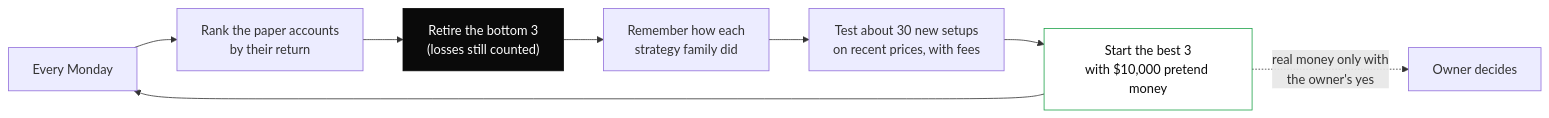
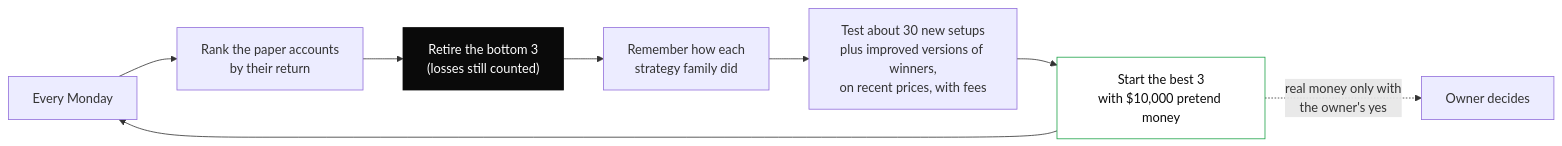
The third of 3 diagrams in README.md (F0rger123/ultimate-claude-code-trading-skills), drawn with Mermaid before and after one commit. The commit also changed other lines of this file and 11 other files, not shown here.

First line of the commit message:
Study and improve: why paper accounts win or lose, and improved versions of winners

````diff
--- a/README.md
+++ b/README.md
@@ -134,12 +136,12 @@
 ```mermaid
 flowchart LR
   W1["Every Monday"] --> W2["Rank the paper accounts<br/>by their return"]
   W2 --> W3["Retire the bottom 3<br/>(losses still counted)"]
   W3 --> W4["Remember how each<br/>strategy family did"]
-  W4 --> W5["Test about 30 new setups<br/>on recent prices, with fees"]
+  W4 --> W5["Test about 30 new setups<br/>plus improved versions of winners,<br/>on recent prices, with fees"]
   W5 --> W6["Start the best 3<br/>with $10,000 pretend money"]
   W6 --> W1
   W6 -. "real money only with<br/>the owner's yes" .-> W7["Owner decides"]
   style W3 fill:#0a0a0a,color:#ffffff,stroke:#0a0a0a
   style W6 fill:#ffffff,stroke:#1fa34a,color:#0a0a0a
 ```
````
